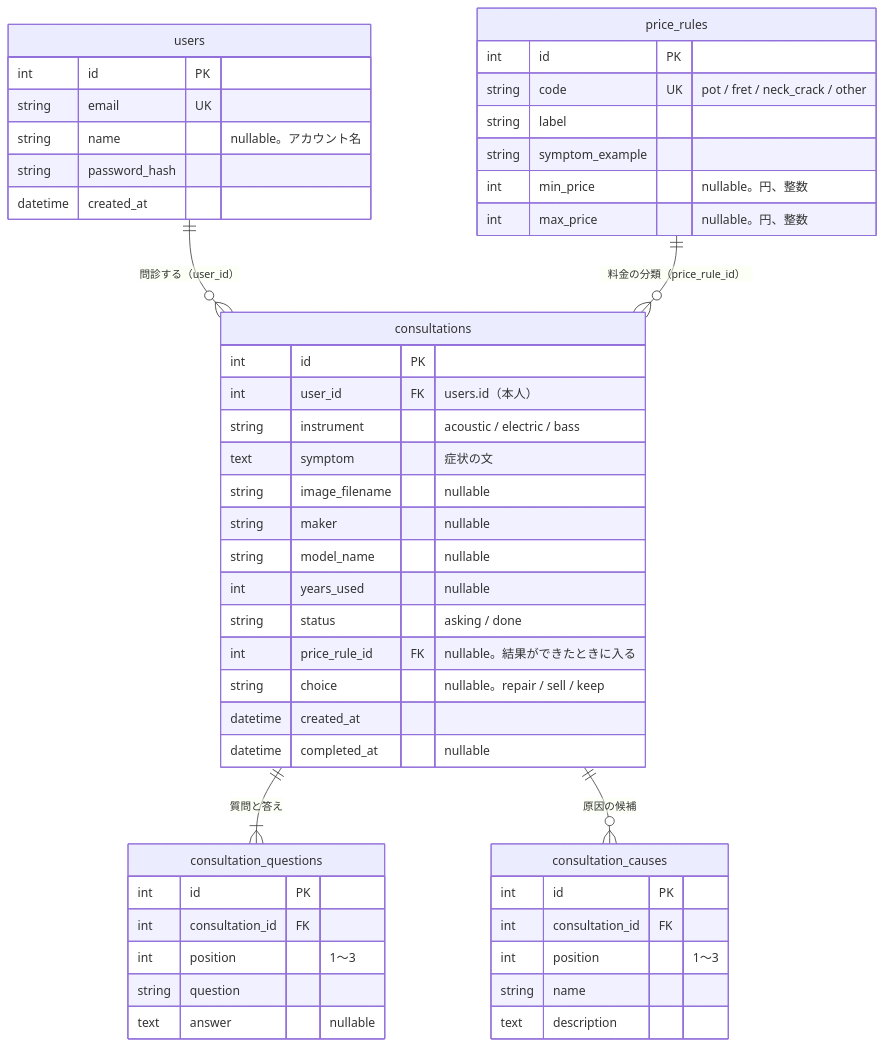
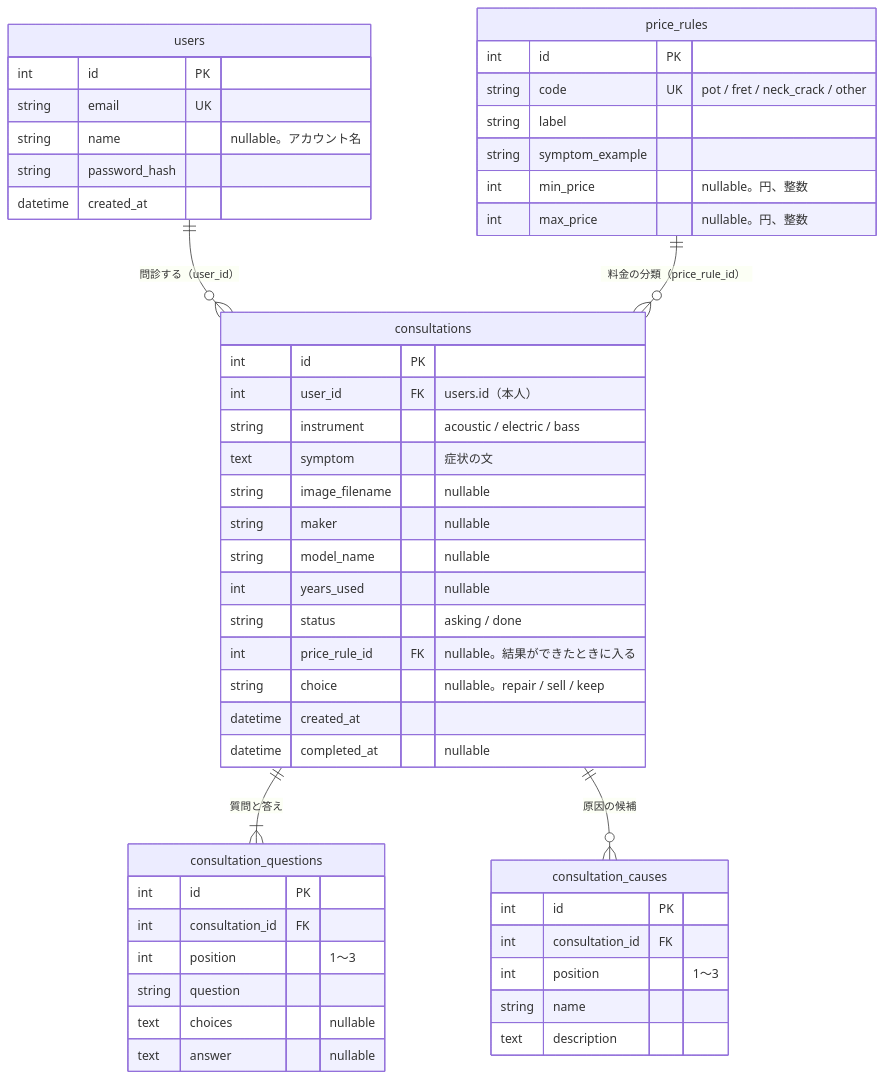
Before and after one commit to AI-keiriman/monshin-app: the diagram in docs/design/database.md, drawn with Mermaid. The commit also changed other lines of this file and 18 other files, not shown here.

````diff
--- a/docs/design/database.md
+++ b/docs/design/database.md
@@ -9,52 +9,53 @@
 ```mermaid
 erDiagram
     users ||--o{ consultations : "問診する（user_id）"
     consultations ||--|{ consultation_questions : "質問と答え"
     consultations ||--o{ consultation_causes : "原因の候補"
     price_rules ||--o{ consultations : "料金の分類（price_rule_id）"
 
     users {
         int id PK
         string email UK
         string name "nullable。アカウント名"
         string password_hash
         datetime created_at
     }
     consultations {
         int id PK
         int user_id FK "users.id（本人）"
         string instrument "acoustic / electric / bass"
         text symptom "症状の文"
         string image_filename "nullable"
         string maker "nullable"
         string model_name "nullable"
         int years_used "nullable"
         string status "asking / done"
         int price_rule_id FK "nullable。結果ができたときに入る"
         string choice "nullable。repair / sell / keep"
         datetime created_at
         datetime completed_at "nullable"
     }
     consultation_questions {
         int id PK
         int consultation_id FK
         int position "1〜3"
         string question
+        text choices "nullable"
         text answer "nullable"
     }
     consultation_causes {
         int id PK
         int consultation_id FK
         int position "1〜3"
         string name
         text description
     }
     price_rules {
         int id PK
         string code UK "pot / fret / neck_crack / other"
         string label
         string symptom_example
         int min_price "nullable。円、整数"
         int max_price "nullable。円、整数"
     }
 ```
````
